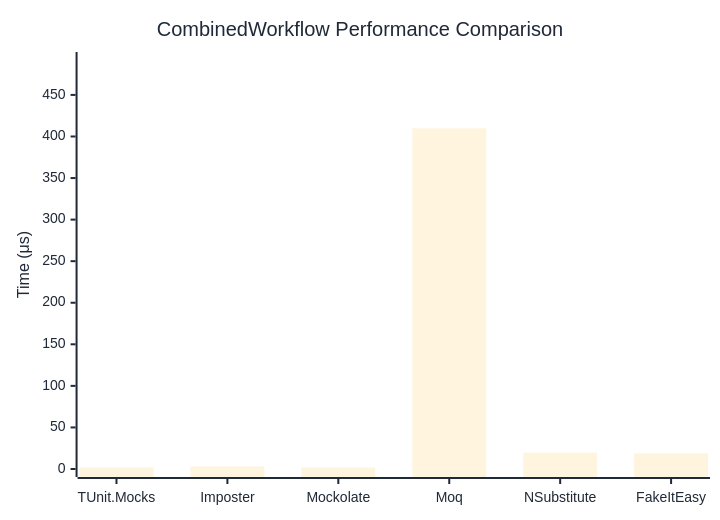
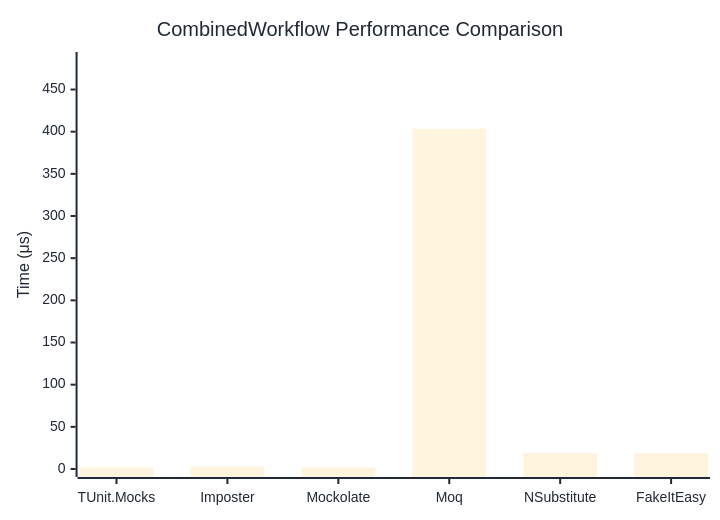
One commit to thomhurst/TUnit changed the diagram in docs/docs/benchmarks/mocks/CombinedWorkflow.md. Above: the diagram before and after it, drawn with Mermaid. The commit also changed other lines of this file and 14 other files, not shown here.

````diff
--- a/docs/docs/benchmarks/mocks/CombinedWorkflow.md
+++ b/docs/docs/benchmarks/mocks/CombinedWorkflow.md
@@ -30,27 +30,27 @@
 ```mermaid
 %%{init: {
   'theme':'base',
   'themeVariables': {
     'primaryColor': '#2563eb',
     'primaryTextColor': '#1f2937',
     'primaryBorderColor': '#1e40af',
     'lineColor': '#6b7280',
     'secondaryColor': '#7c3aed',
     'tertiaryColor': '#dc2626',
     'background': '#ffffff',
     'pie1': '#2563eb',
     'pie2': '#7c3aed',
     'pie3': '#dc2626',
     'pie4': '#f59e0b',
     'pie5': '#10b981',
     'pie6': '#06b6d4',
     'pie7': '#ec4899',
     'pie8': '#6366f1'
   }
 }}%%
 xychart-beta
   title "CombinedWorkflow Performance Comparison"
   x-axis ["TUnit.Mocks", "Imposter", "Mockolate", "Moq", "NSubstitute", "FakeItEasy"]
-  y-axis "Time (μs)" 0 --> 492
-  bar [2.007, 2.913, 1.807, 409.808, 19.603, 18.798]
+  y-axis "Time (μs)" 0 --> 485
+  bar [1.829, 2.814, 1.685, 403.531, 19.141, 18.762]
 ```
````
